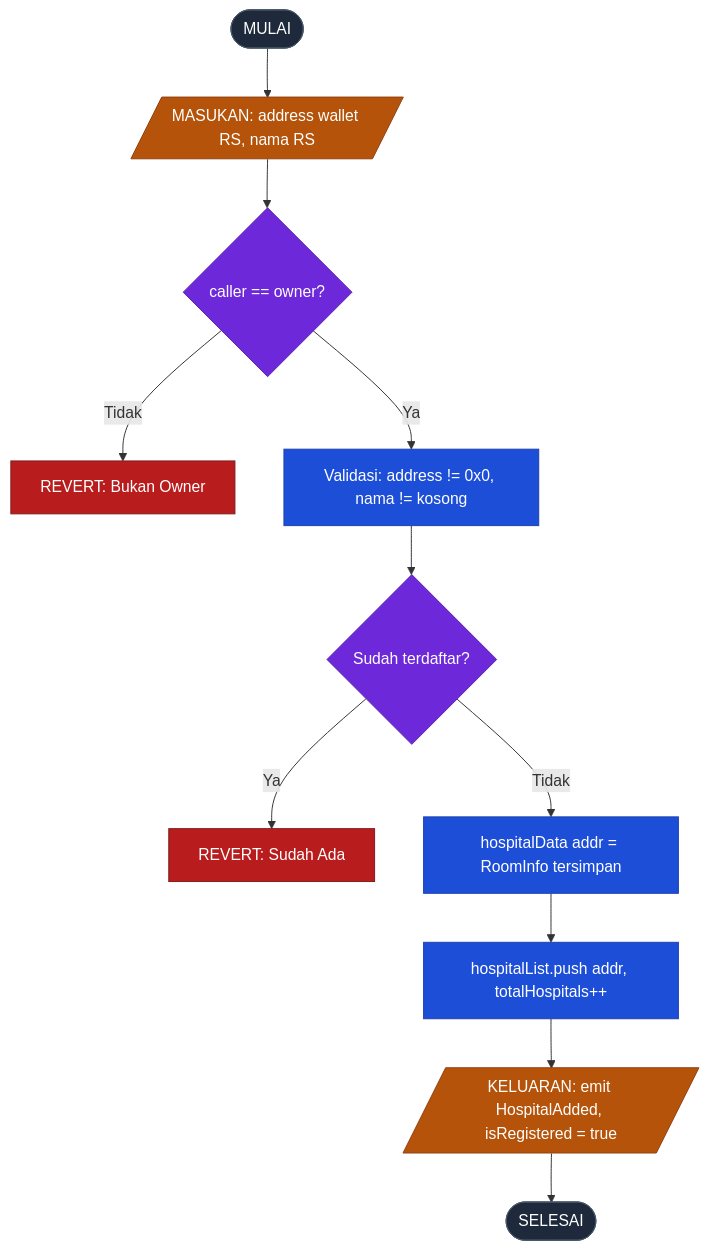
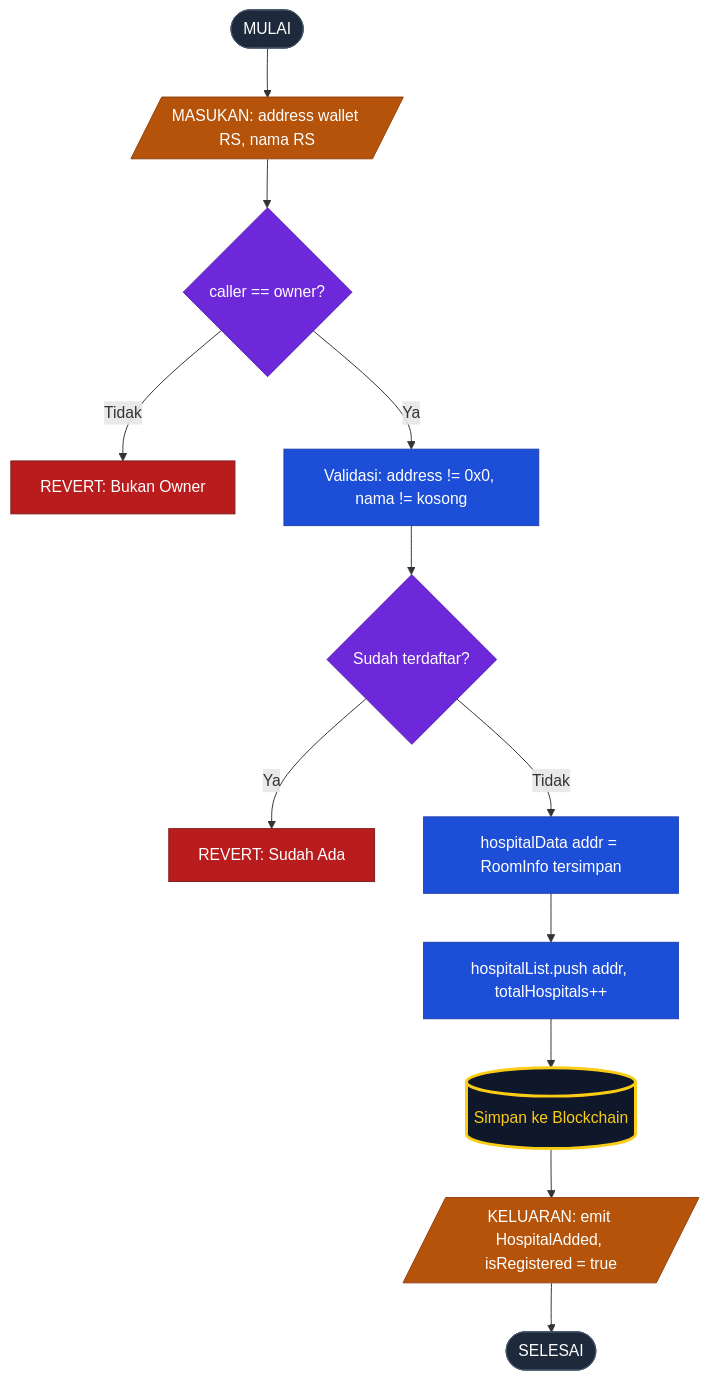
One commit to abuab234/Status-Ketersediaan-Kamar-RS changed the second of 7 diagrams in readme/capstone_blockchain.md. Above: the diagram before and after it, drawn with Mermaid. The commit also changed other lines of this file, not shown here.

Commit message:
Fix: Memperbaiki sintaks diagram Mermaid pada dokumentasi

````diff
--- a/readme/capstone_blockchain.md
+++ b/readme/capstone_blockchain.md
@@ -168,25 +168,27 @@
 ```mermaid
 flowchart TD
     A1([MULAI]) --> A2[/"MASUKAN: address wallet RS, nama RS"/]
     A2 --> A3{"caller == owner?"}
     A3 -->|"Tidak"| AR1["REVERT: Bukan Owner"]
     A3 -->|"Ya"| A4["Validasi: address != 0x0, nama != kosong"]
     A4 --> A5{"Sudah terdaftar?"}
     A5 -->|"Ya"| AR2["REVERT: Sudah Ada"]
     A5 -->|"Tidak"| A6["hospitalData addr = RoomInfo tersimpan"]
     A6 --> A7["hospitalList.push addr, totalHospitals++"]
-    A7 --> A8[/"KELUARAN: emit HospitalAdded, isRegistered = true"/]
+    A7 --> ADB[("Simpan ke Blockchain")]
+    ADB --> A8[/"KELUARAN: emit HospitalAdded, isRegistered = true"/]
     A8 --> A9([SELESAI])
 
     style A1 fill:#1e293b,color:#fff,stroke:#475569
     style A9 fill:#1e293b,color:#fff,stroke:#475569
     style AR1 fill:#b91c1c,color:#fff,stroke:#7f1d1d
     style AR2 fill:#b91c1c,color:#fff,stroke:#7f1d1d
     style A3 fill:#6d28d9,color:#fff,stroke:#5b21b6
     style A5 fill:#6d28d9,color:#fff,stroke:#5b21b6
     style A4 fill:#1d4ed8,color:#fff,stroke:#1e40af
     style A6 fill:#1d4ed8,color:#fff,stroke:#1e40af
     style A7 fill:#1d4ed8,color:#fff,stroke:#1e40af
     style A2 fill:#b45309,color:#fff,stroke:#92400e
     style A8 fill:#b45309,color:#fff,stroke:#92400e
+    style ADB fill:#0f172a,color:#facc15,stroke:#facc15,stroke-width:3px
 ```
````
